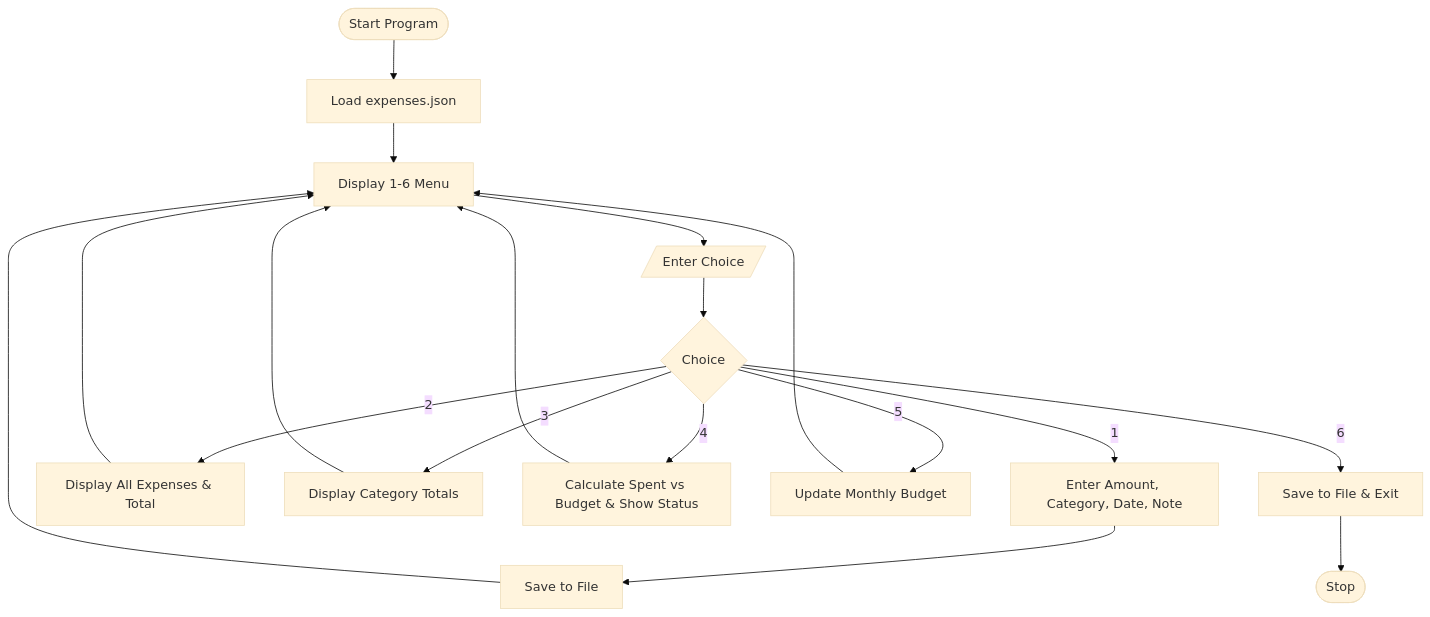
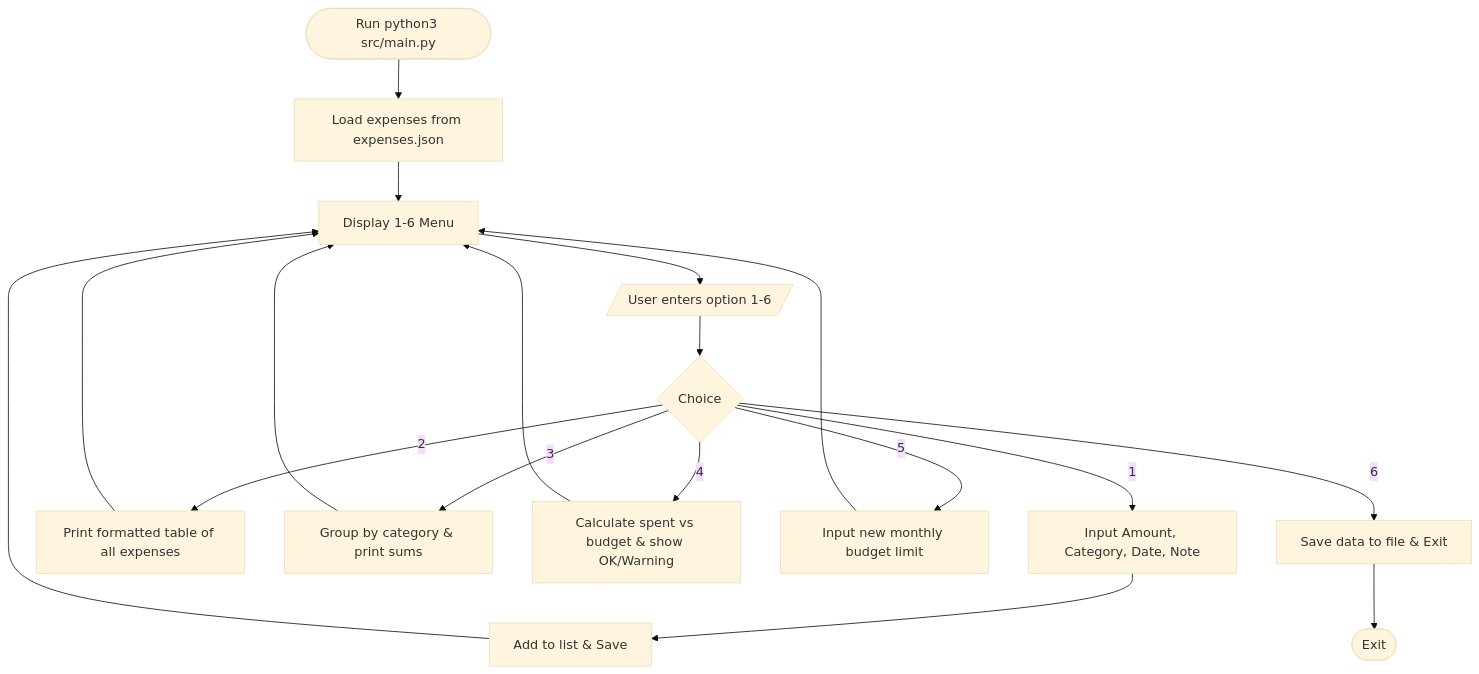
One commit to Aditya26bai10148-creator/student-expense-tracker changed the third of 5 diagrams in PROJECT_REPORT.md. Above: the diagram before and after it, drawn with Mermaid (base theme). The commit also changed other lines of this file and 2 other files, not shown here.

````diff
--- a/PROJECT_REPORT.md
+++ b/PROJECT_REPORT.md
@@ -93,13 +110,13 @@
 ```mermaid
 flowchart TD
-    Start([Start Program]) --> LoadData[Load expenses.json]
-    LoadData --> Menu[Display 1-6 Menu]
-    Menu --> InputChoice[/Enter Choice/]
+    Start([Run python3 src/main.py]) --> Load[Load expenses from expenses.json]
+    Load --> Menu[Display 1-6 Menu]
+    Menu --> InputChoice[/User enters option 1-6/]
     InputChoice --> Check{Choice}
-    Check -- 1 --> AddExp[Enter Amount, Category, Date, Note] --> Save[Save to File] --> Menu
-    Check -- 2 --> ViewAll[Display All Expenses & Total] --> Menu
-    Check -- 3 --> ViewCat[Display Category Totals] --> Menu
-    Check -- 4 --> CheckBud[Calculate Spent vs Budget & Show Status] --> Menu
-    Check -- 5 --> SetBud[Update Monthly Budget] --> Menu
-    Check -- 6 --> SaveExit[Save to File & Exit] --> End([Stop])
+    Check -- 1 --> Add[Input Amount, Category, Date, Note] --> Append[Add to list & Save] --> Menu
+    Check -- 2 --> ListExp[Print formatted table of all expenses] --> Menu
+    Check -- 3 --> CatSummary[Group by category & print sums] --> Menu
+    Check -- 4 --> BudStatus[Calculate spent vs budget & show OK/Warning] --> Menu
+    Check -- 5 --> UpdateBud[Input new monthly budget limit] --> Menu
+    Check -- 6 --> SaveExit[Save data to file & Exit] --> End([Exit])
 ```
````
